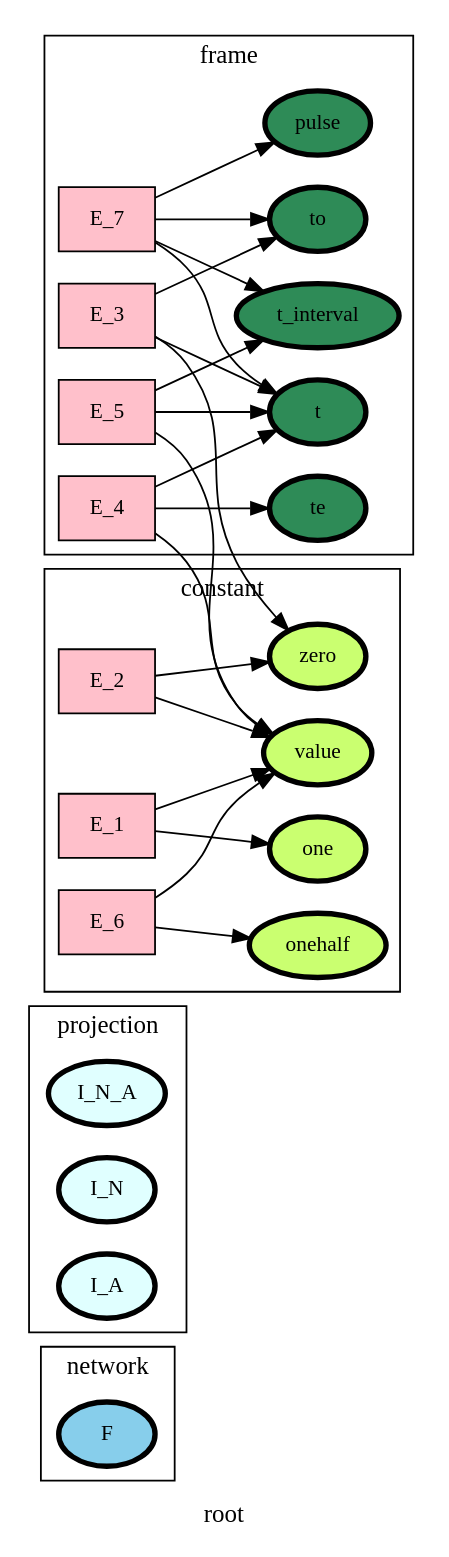
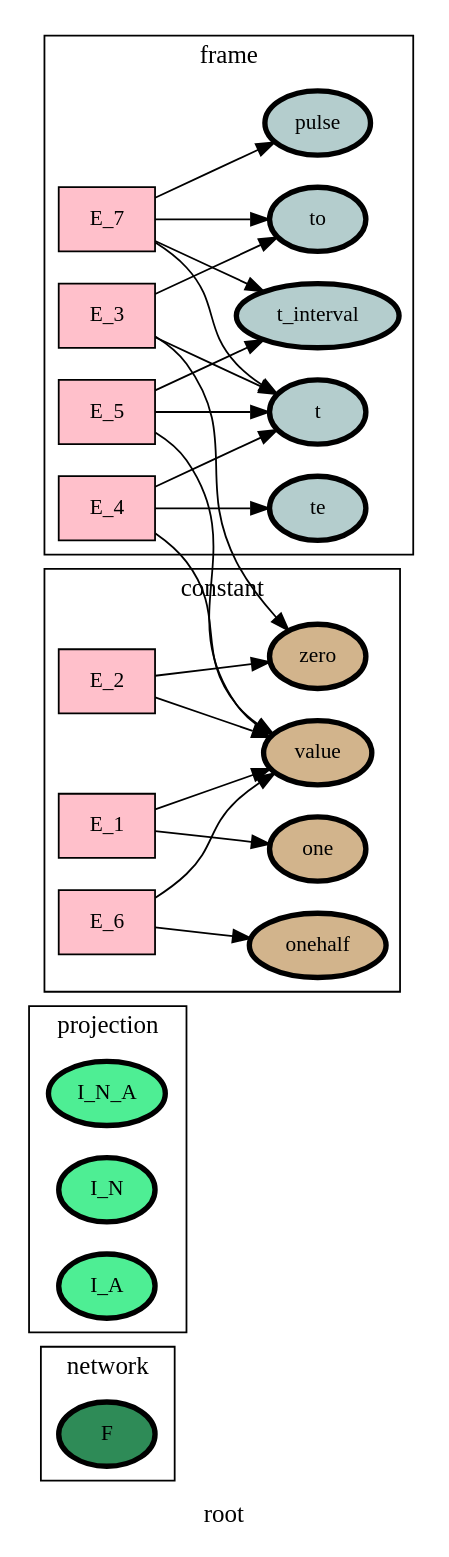
One commit to heinz-preisig/sandbox21 changed the diagram in ontology_graphs/graph__root.dot. Above: the diagram before and after it, drawn with Graphviz. The commit also changed 35 other files, not shown here.

```diff
--- a/ontology_graphs/graph__root.dot
+++ b/ontology_graphs/graph__root.dot
@@ -1,68 +1,68 @@
 digraph root {
 label=root;
 rankdir=LR;
 subgraph cluster_root___network {
 label=network;
 rankdir=LR;
-V_10 [fillcolor=skyblue, fontsize=12, label=F, penwidth=3, style=filled];
+V_10 [fillcolor=seagreen4, fontsize=12, label=F, penwidth=3, style=filled];
 }
 
 subgraph cluster_root___projection {
 label=projection;
 rankdir=LR;
-V_48 [fillcolor=lightcyan, fontsize=12, label=I_N_A, penwidth=3, style=filled];
-V_96 [fillcolor=lightcyan, fontsize=12, label=I_N, penwidth=3, style=filled];
-V_97 [fillcolor=lightcyan, fontsize=12, label=I_A, penwidth=3, style=filled];
+V_48 [fillcolor=seagreen2, fontsize=12, label=I_N_A, penwidth=3, style=filled];
+V_96 [fillcolor=seagreen2, fontsize=12, label=I_N, penwidth=3, style=filled];
+V_97 [fillcolor=seagreen2, fontsize=12, label=I_A, penwidth=3, style=filled];
 }
 
 E_3 -> V_3  [splines=ortho];
 E_3 -> V_4  [splines=ortho];
 E_4 -> V_1  [splines=ortho];
 E_4 -> V_4  [splines=ortho];
 E_5 -> V_1  [splines=ortho];
 E_5 -> V_4  [splines=ortho];
 E_7 -> V_4  [splines=ortho];
 E_7 -> V_5  [splines=ortho];
 E_7 -> V_7  [splines=ortho];
 subgraph cluster_root___frame {
 label=frame;
 rankdir=LR;
-V_4 [fillcolor=seagreen4, fontsize=12, label=t, penwidth=3, style=filled];
-V_5 [fillcolor=seagreen4, fontsize=12, label=to, penwidth=3, style=filled];
-V_6 [fillcolor=seagreen4, fontsize=12, label=te, penwidth=3, style=filled];
-V_7 [fillcolor=seagreen4, fontsize=12, label=t_interval, penwidth=3, style=filled];
-V_9 [fillcolor=seagreen4, fontsize=12, label=pulse, penwidth=3, style=filled];
+V_4 [fillcolor=lightcyan3, fontsize=12, label=t, penwidth=3, style=filled];
+V_5 [fillcolor=lightcyan3, fontsize=12, label=to, penwidth=3, style=filled];
+V_6 [fillcolor=lightcyan3, fontsize=12, label=te, penwidth=3, style=filled];
+V_7 [fillcolor=lightcyan3, fontsize=12, label=t_interval, penwidth=3, style=filled];
+V_9 [fillcolor=lightcyan3, fontsize=12, label=pulse, penwidth=3, style=filled];
 E_3 [fillcolor=pink, fontsize=12, shape=box, style=filled];
 E_3 -> V_5  [splines=ortho];
 E_4 [fillcolor=pink, fontsize=12, shape=box, style=filled];
 E_4 -> V_6  [splines=ortho];
 E_5 [fillcolor=pink, fontsize=12, shape=box, style=filled];
 E_5 -> V_7  [splines=ortho];
 E_7 [fillcolor=pink, fontsize=12, shape=box, style=filled];
 E_7 -> V_9  [splines=ortho];
 }
 
 subgraph cluster_root___state {
 label=state;
 rankdir=LR;
 }
 
 E_1 -> V_1  [splines=ortho];
 E_2 -> V_1  [splines=ortho];
 E_6 -> V_1  [splines=ortho];
 subgraph cluster_root___constant {
 label=constant;
 rankdir=LR;
-V_1 [fillcolor=darkolivegreen1, fontsize=12, label=value, penwidth=3, style=filled];
-V_2 [fillcolor=darkolivegreen1, fontsize=12, label=one, penwidth=3, style=filled];
-V_3 [fillcolor=darkolivegreen1, fontsize=12, label=zero, penwidth=3, style=filled];
-V_8 [fillcolor=darkolivegreen1, fontsize=12, label=onehalf, penwidth=3, style=filled];
+V_1 [fillcolor=tan, fontsize=12, label=value, penwidth=3, style=filled];
+V_2 [fillcolor=tan, fontsize=12, label=one, penwidth=3, style=filled];
+V_3 [fillcolor=tan, fontsize=12, label=zero, penwidth=3, style=filled];
+V_8 [fillcolor=tan, fontsize=12, label=onehalf, penwidth=3, style=filled];
 E_1 [fillcolor=pink, fontsize=12, shape=box, style=filled];
 E_1 -> V_2  [splines=ortho];
 E_2 [fillcolor=pink, fontsize=12, shape=box, style=filled];
 E_2 -> V_3  [splines=ortho];
 E_6 [fillcolor=pink, fontsize=12, shape=box, style=filled];
 E_6 -> V_8  [splines=ortho];
 }
 
 }
```
